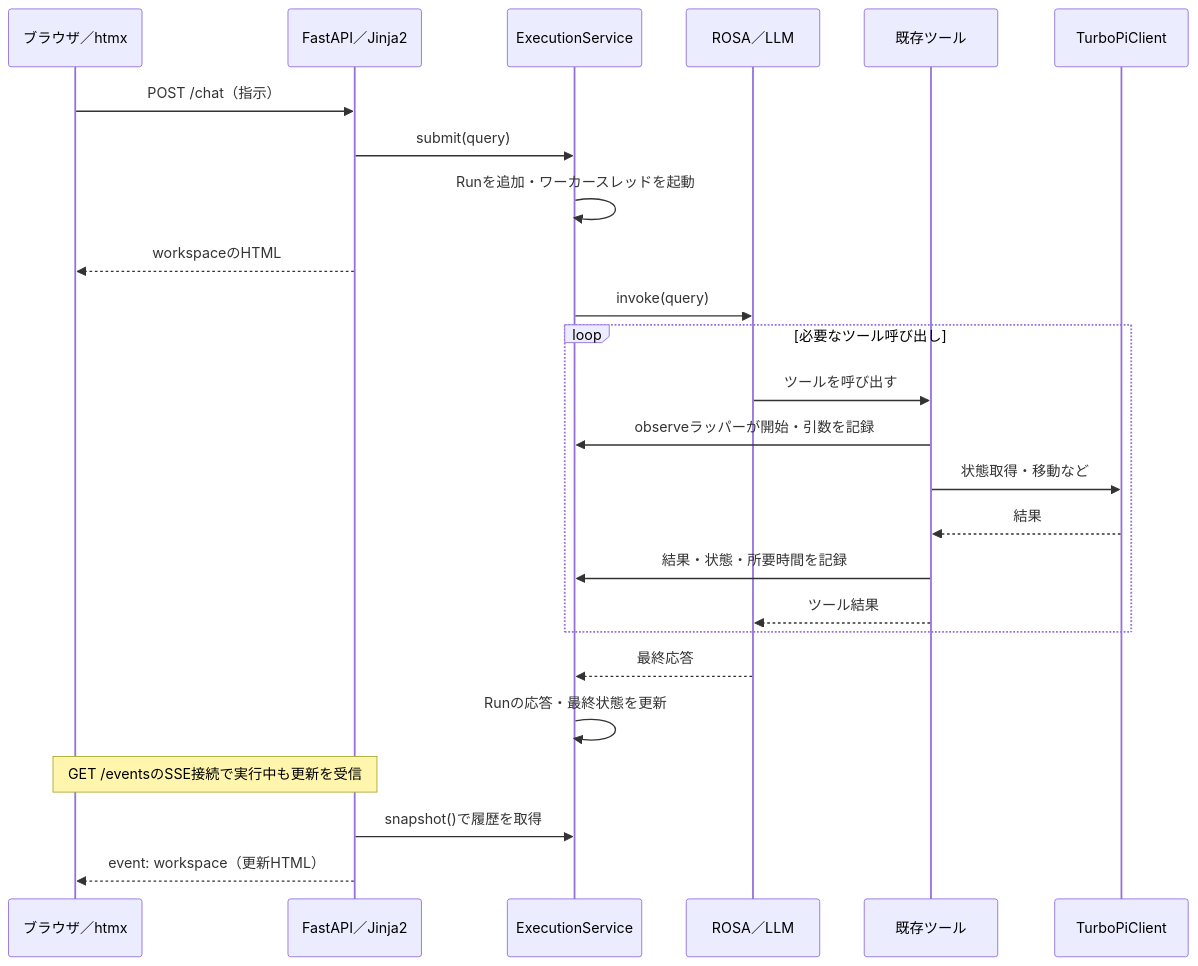
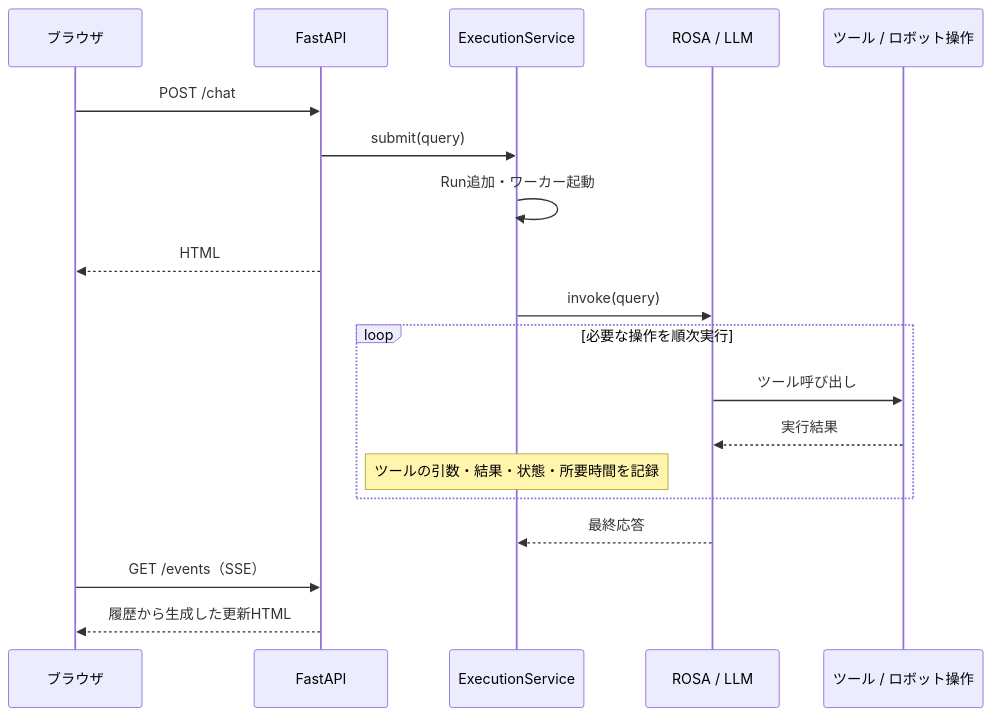
The second of 3 diagrams in docs/architecture.md (kyoto-kaira/rosa-turbopi), drawn with Mermaid before and after one commit. The commit also changed other lines of this file and 3 other files, not shown here.

````diff
--- a/docs/architecture.md
+++ b/docs/architecture.md
@@ -127,28 +93,21 @@
 ```mermaid
 sequenceDiagram
-    participant Browser as ブラウザ／htmx
-    participant Web as FastAPI／Jinja2
+    participant Browser as ブラウザ
+    participant Web as FastAPI
     participant Service as ExecutionService
-    participant Agent as ROSA／LLM
-    participant Tool as 既存ツール
-    participant Robot as TurboPiClient
-
-    Browser->>Web: POST /chat（指示）
+    participant Agent as ROSA / LLM
+    participant Robot as ツール / ロボット操作
+    Browser->>Web: POST /chat
     Web->>Service: submit(query)
-    Service->>Service: Runを追加・ワーカースレッドを起動
-    Web-->>Browser: workspaceのHTML
+    Service->>Service: Run追加・ワーカー起動
+    Web-->>Browser: HTML
     Service->>Agent: invoke(query)
-    loop 必要なツール呼び出し
-        Agent->>Tool: ツールを呼び出す
-        Tool->>Service: observeラッパーが開始・引数を記録
-        Tool->>Robot: 状態取得・移動など
-        Robot-->>Tool: 結果
-        Tool->>Service: 結果・状態・所要時間を記録
-        Tool-->>Agent: ツール結果
+    loop 必要な操作を順次実行
+        Agent->>Robot: ツール呼び出し
+        Robot-->>Agent: 実行結果
+        Note over Service: ツールの引数・結果・状態・所要時間を記録
     end
     Agent-->>Service: 最終応答
-    Service->>Service: Runの応答・最終状態を更新
-    Note over Browser,Web: GET /eventsのSSE接続で実行中も更新を受信
-    Web->>Service: snapshot()で履歴を取得
-    Web-->>Browser: event: workspace（更新HTML）
+    Browser->>Web: GET /events（SSE）
+    Web-->>Browser: 履歴から生成した更新HTML
 ```
````
